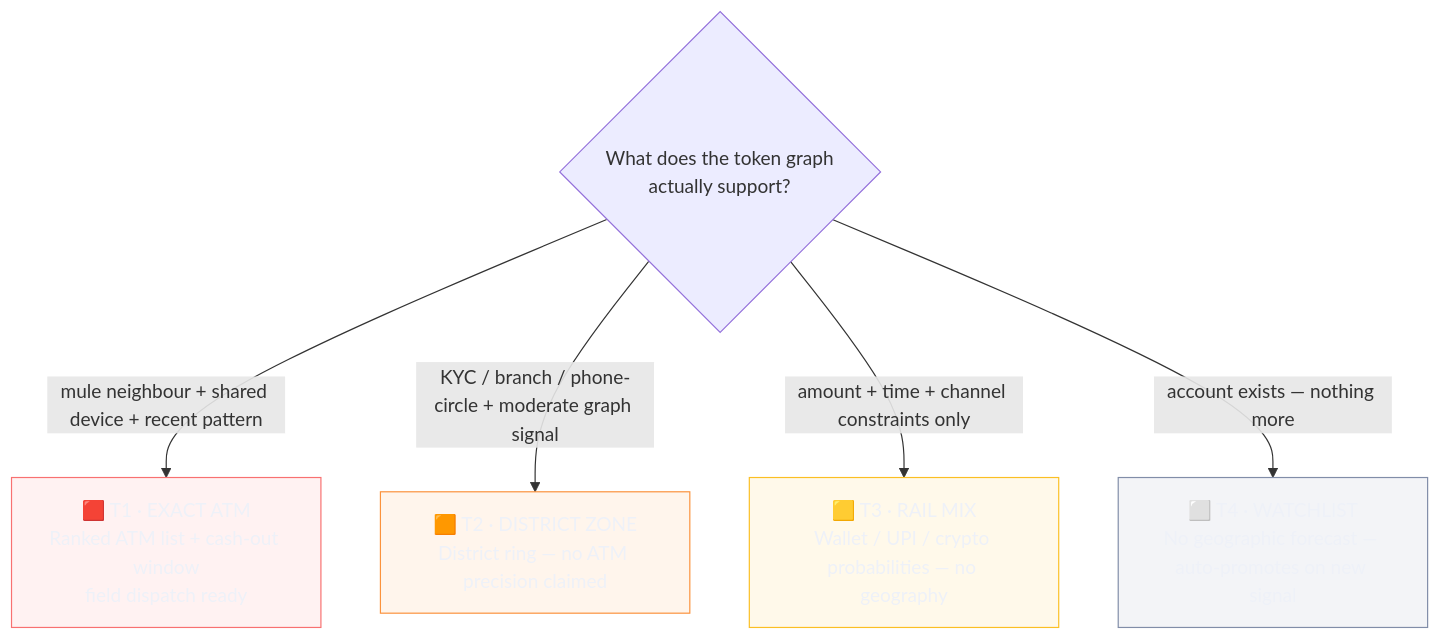
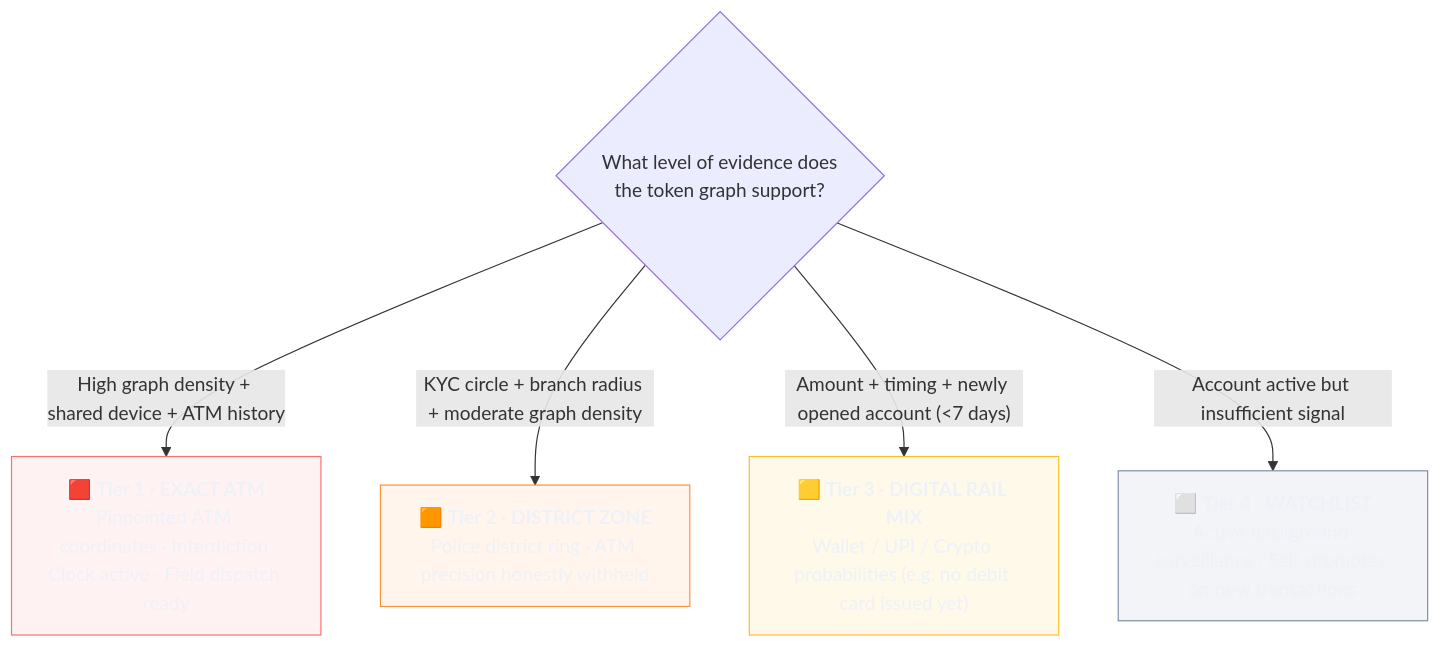
The fourth of 7 diagrams in README.md (Pranav-Pardeshii/Ovi-V3), drawn with Mermaid before and after one commit. The commit also changed other lines of this file, not shown here.

````diff
--- a/README.md
+++ b/README.md
@@ -229,18 +229,18 @@
 ```mermaid
 flowchart TB
-    Q{"What does the token graph<br/>actually support?"}
-    Q -->|"mule neighbour + shared device + recent pattern"| T1
-    Q -->|"KYC / branch / phone-circle + moderate graph signal"| T2
-    Q -->|"amount + time + channel constraints only"| T3
-    Q -->|"account exists — nothing more"| T4
+    Q{"What level of evidence does<br/>the token graph support?"}
+    Q -->|"High graph density + shared device + ATM history"| T1
+    Q -->|"KYC circle + branch radius + moderate graph density"| T2
+    Q -->|"Amount + timing + newly opened account (<7 days)"| T3
+    Q -->|"Account active but insufficient signal"| T4
 
-    T1["🟥 T1 · EXACT ATM<br/>Ranked ATM list + cash-out window<br/>field dispatch ready"]
-    T2["🟧 T2 · DISTRICT ZONE<br/>District ring — no ATM precision claimed"]
-    T3["🟨 T3 · RAIL MIX<br/>Wallet / UPI / crypto probabilities — no geography"]
-    T4["⬜ T4 · WATCHLIST<br/>No geographic forecast — auto-promotes on new signal"]
+    T1["🟥 <b>Tier 1 · EXACT ATM</b><br/>Pinpointed ATM coordinates · Interdiction Clock active · Field dispatch ready"]
+    T2["🟧 <b>Tier 2 · DISTRICT ZONE</b><br/>Police district ring · ATM precision honestly withheld"]
+    T3["🟨 <b>Tier 3 · DIGITAL RAIL MIX</b><br/>Wallet / UPI / Crypto probabilities (e.g. no debit card issued yet)"]
+    T4["⬜ <b>Tier 4 · WATCHLIST</b><br/>Active background surveillance · Self-promotes on new transactions"]
 
     style T1 fill:#F8717118,stroke:#F87171,color:#EEF1F8
     style T2 fill:#FB923C18,stroke:#FB923C,color:#EEF1F8
     style T3 fill:#FBBF2418,stroke:#FBBF24,color:#EEF1F8
     style T4 fill:#818DA818,stroke:#818DA8,color:#EEF1F8
 ```
````
